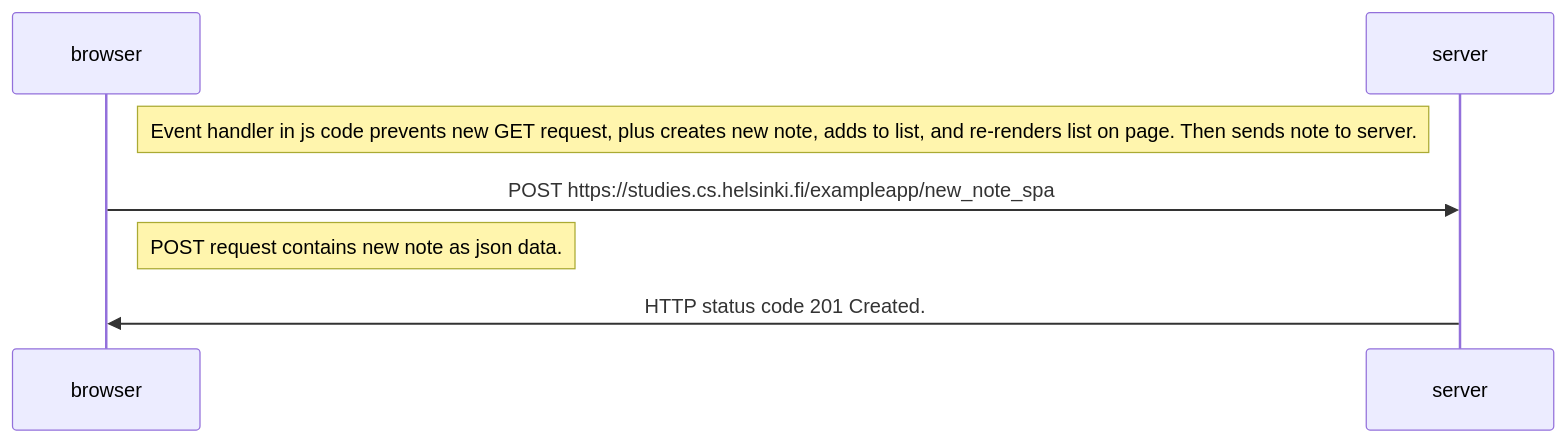
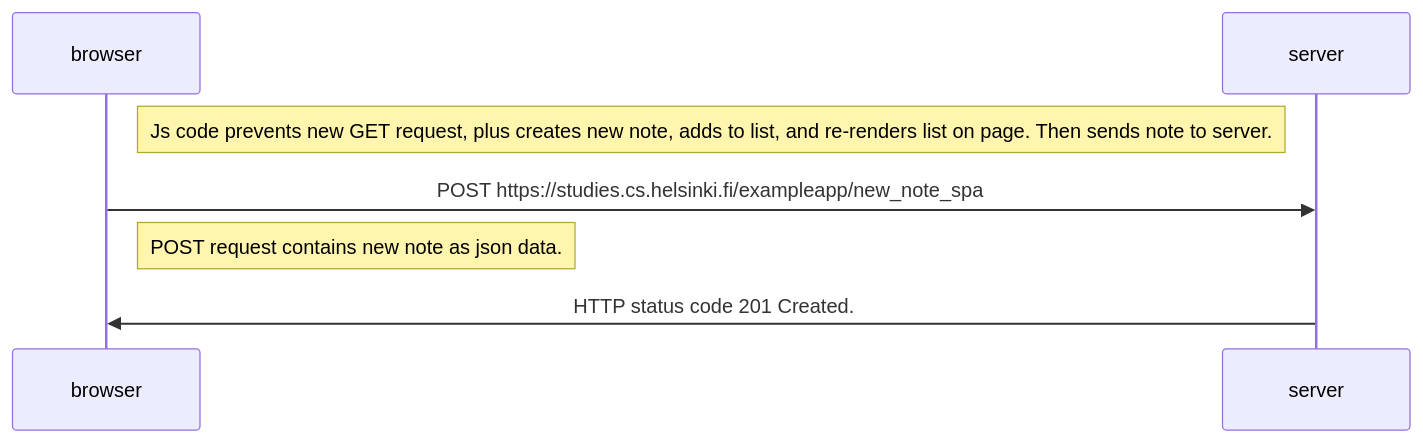
The diagram in part_0/ex_6.md (adam-herrala-bricker/fullstack), drawn with Mermaid before and after one commit.

Commit message:
changed note1

````diff
--- a/part_0/ex_6.md
+++ b/part_0/ex_6.md
@@ -1,11 +1,11 @@
 ```mermaid
 sequenceDiagram
     participant browser
     participant server
 
-    Note right of browser: Event handler in js code prevents new GET request, plus creates new note, adds to list, and re-renders list on page. Then sends note to server.
+    Note right of browser: Js code prevents new GET request, plus creates new note, adds to list, and re-renders list on page. Then sends note to server.
 
     browser->>server: POST https://studies.cs.helsinki.fi/exampleapp/new_note_spa
     Note right of browser: POST request contains new note as json data. 
     server->>browser: HTTP status code 201 Created.
 ```
````
